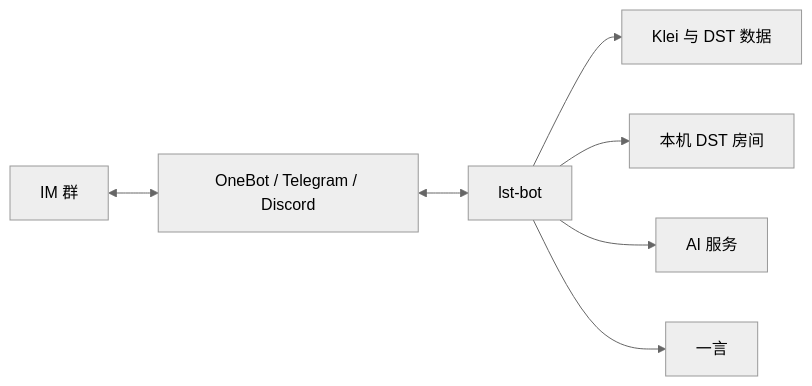
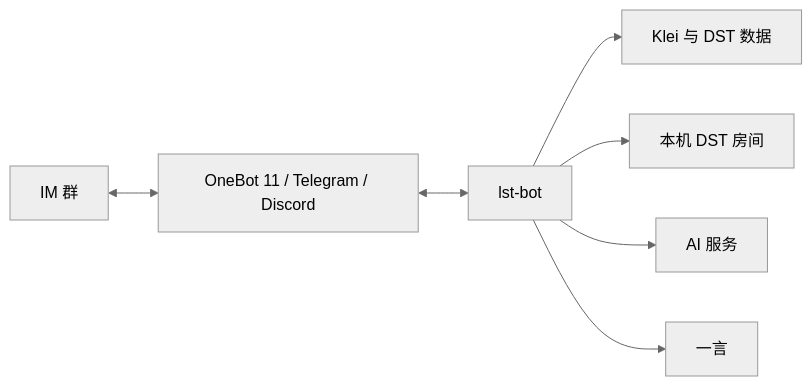
Before and after one commit to LetsStarveTogether/lst-bot: the diagram in README.zh-Hans.md, drawn with Mermaid (neutral theme). The commit also changed other lines of this file and 8 other files, not shown here.

````diff
--- a/README.zh-Hans.md
+++ b/README.zh-Hans.md
@@ -23,9 +23,9 @@
 ```mermaid
 flowchart LR
-    Chat[IM 群] <--> Gateway[OneBot / Telegram / Discord]
+    Chat[IM 群] <--> Gateway[OneBot 11 / Telegram / Discord]
     Gateway <--> Bot[lst-bot]
     Bot --> Game[Klei 与 DST 数据]
     Bot --> Rooms[本机 DST 房间]
     Bot --> AI[AI 服务]
     Bot --> Hitokoto[一言]
 ```
````
